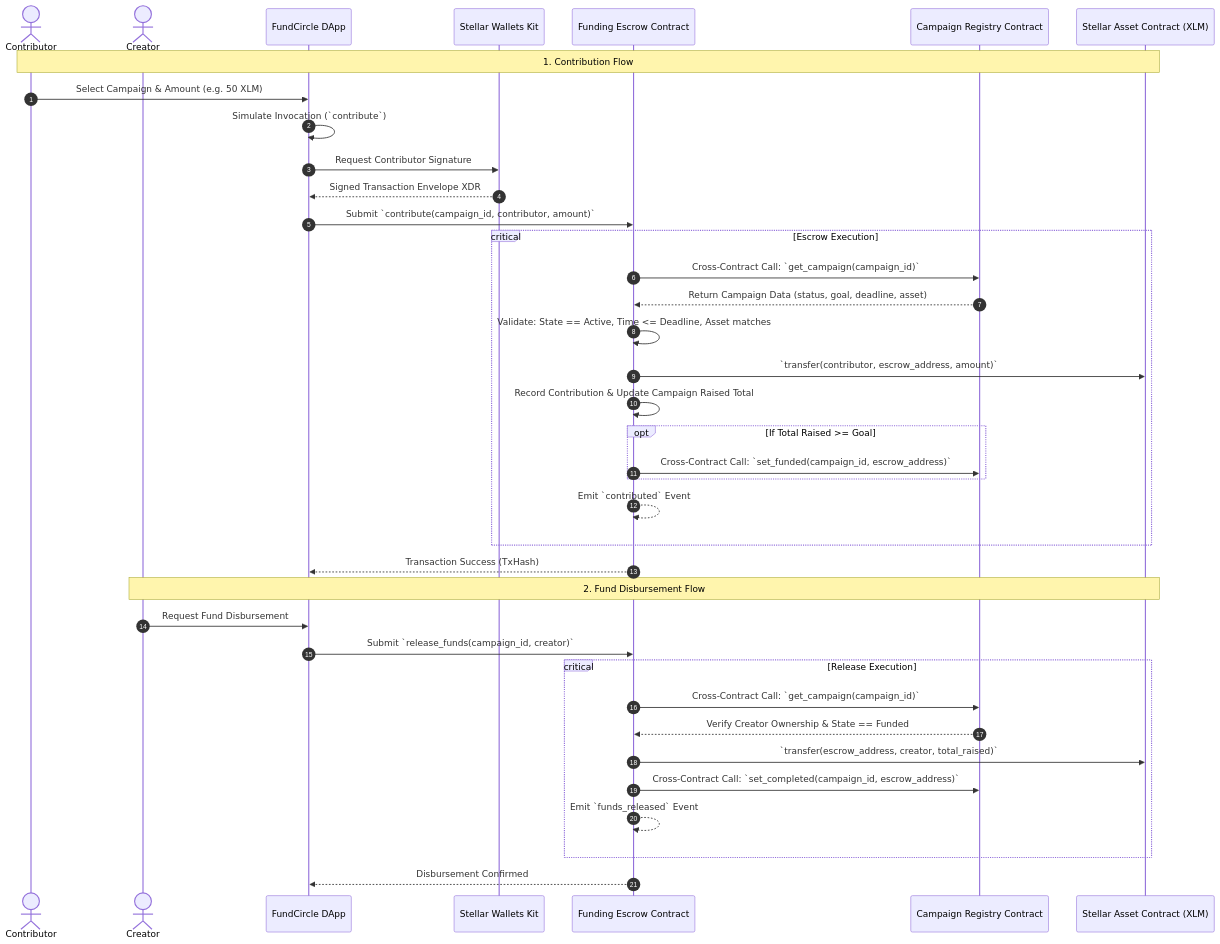
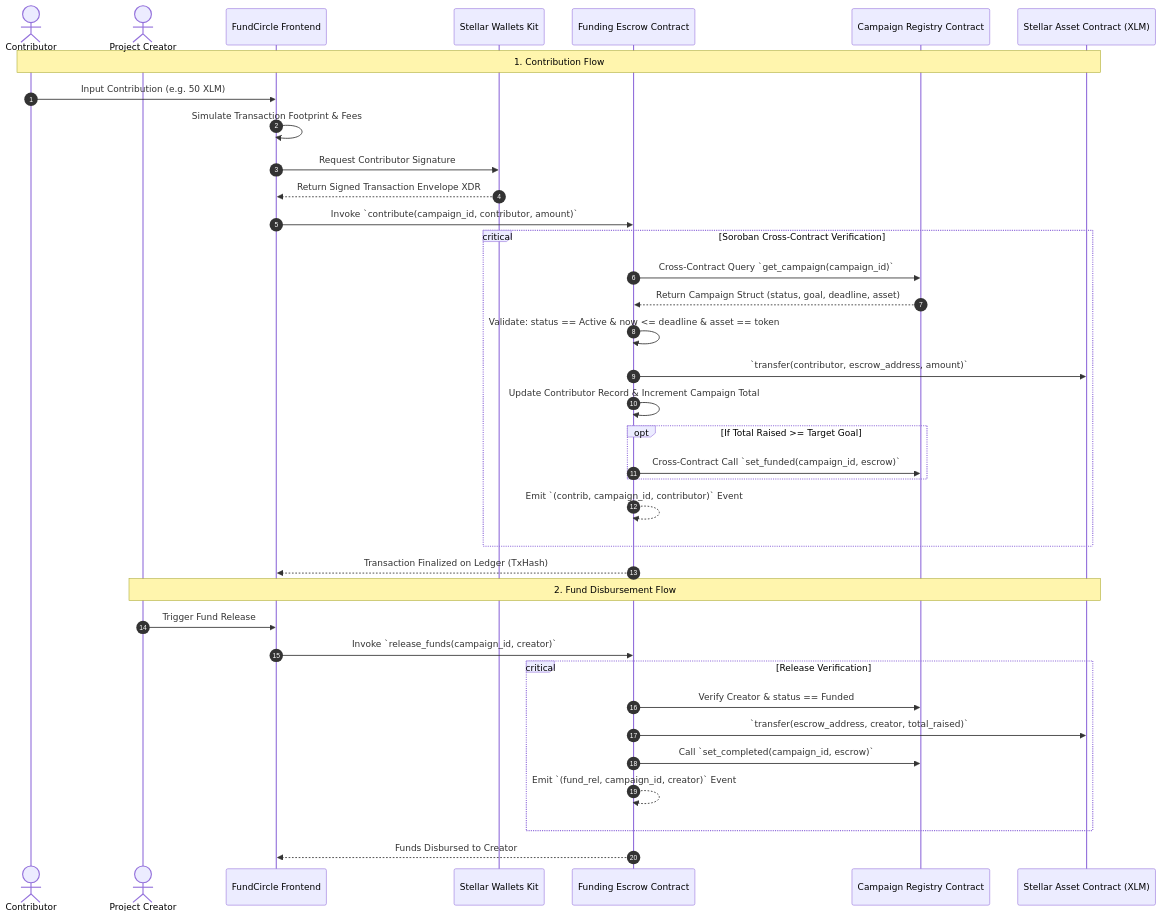
Before and after one commit to sanchayanghosh07/FundCircle: the second of 3 diagrams in README.md, drawn with Mermaid. The commit also changed other lines of this file, not shown here.

Commit message:
docs: finalize FundCircle documentation

````diff
--- a/README.md
+++ b/README.md
@@ -92,43 +90,42 @@
 ```mermaid
 sequenceDiagram
     autonumber
-    actor Contributor
-    actor Creator
-    participant FE as FundCircle DApp
+    actor Backer as Contributor
+    actor Creator as Project Creator
+    participant DApp as FundCircle Frontend
     participant Kit as Stellar Wallets Kit
     participant Escrow as Funding Escrow Contract
     participant Registry as Campaign Registry Contract
-    participant Token as Stellar Asset Contract (XLM)
+    participant SAC as Stellar Asset Contract (XLM)
 
-    Note over Contributor, Token: 1. Contribution Flow
-    Contributor->>FE: Select Campaign & Amount (e.g. 50 XLM)
-    FE->>FE: Simulate Invocation (`contribute`)
-    FE->>Kit: Request Contributor Signature
-    Kit-->>FE: Signed Transaction Envelope XDR
-    FE->>Escrow: Submit `contribute(campaign_id, contributor, amount)`
-    
-    critical Escrow Execution
-        Escrow->>Registry: Cross-Contract Call: `get_campaign(campaign_id)`
-        Registry-->>Escrow: Return Campaign Data (status, goal, deadline, asset)
-        Escrow->>Escrow: Validate: State == Active, Time <= Deadline, Asset matches
-        Escrow->>Token: `transfer(contributor, escrow_address, amount)`
-        Escrow->>Escrow: Record Contribution & Update Campaign Raised Total
-        opt If Total Raised >= Goal
-            Escrow->>Registry: Cross-Contract Call: `set_funded(campaign_id, escrow_address)`
+    Note over Backer, SAC: 1. Contribution Flow
+    Backer->>DApp: Input Contribution (e.g. 50 XLM)
+    DApp->>DApp: Simulate Transaction Footprint & Fees
+    DApp->>Kit: Request Contributor Signature
+    Kit-->>DApp: Return Signed Transaction Envelope XDR
+    DApp->>Escrow: Invoke `contribute(campaign_id, contributor, amount)`
+
+    critical Soroban Cross-Contract Verification
+        Escrow->>Registry: Cross-Contract Query `get_campaign(campaign_id)`
+        Registry-->>Escrow: Return Campaign Struct (status, goal, deadline, asset)
+        Escrow->>Escrow: Validate: status == Active & now <= deadline & asset == token
+        Escrow->>SAC: `transfer(contributor, escrow_address, amount)`
+        Escrow->>Escrow: Update Contributor Record & Increment Campaign Total
+        opt If Total Raised >= Target Goal
+            Escrow->>Registry: Cross-Contract Call `set_funded(campaign_id, escrow)`
         end
-        Escrow-->>Escrow: Emit `contributed` Event
+        Escrow-->>Escrow: Emit `(contrib, campaign_id, contributor)` Event
     end
-    Escrow-->>FE: Transaction Success (TxHash)
+    Escrow-->>DApp: Transaction Finalized on Ledger (TxHash)
 
-    Note over Creator, Token: 2. Fund Disbursement Flow
-    Creator->>FE: Request Fund Disbursement
-    FE->>Escrow: Submit `release_funds(campaign_id, creator)`
-    critical Release Execution
-        Escrow->>Registry: Cross-Contract Call: `get_campaign(campaign_id)`
-        Registry-->>Escrow: Verify Creator Ownership & State == Funded
-        Escrow->>Token: `transfer(escrow_address, creator, total_raised)`
-        Escrow->>Registry: Cross-Contract Call: `set_completed(campaign_id, escrow_address)`
-        Escrow-->>Escrow: Emit `funds_released` Event
+    Note over Creator, SAC: 2. Fund Disbursement Flow
+    Creator->>DApp: Trigger Fund Release
+    DApp->>Escrow: Invoke `release_funds(campaign_id, creator)`
+    critical Release Verification
+        Escrow->>Registry: Verify Creator & status == Funded
+        Escrow->>SAC: `transfer(escrow_address, creator, total_raised)`
+        Escrow->>Registry: Call `set_completed(campaign_id, escrow)`
+        Escrow-->>Escrow: Emit `(fund_rel, campaign_id, creator)` Event
     end
-    Escrow-->>FE: Disbursement Confirmed
+    Escrow-->>DApp: Funds Disbursed to Creator
 ```
````
